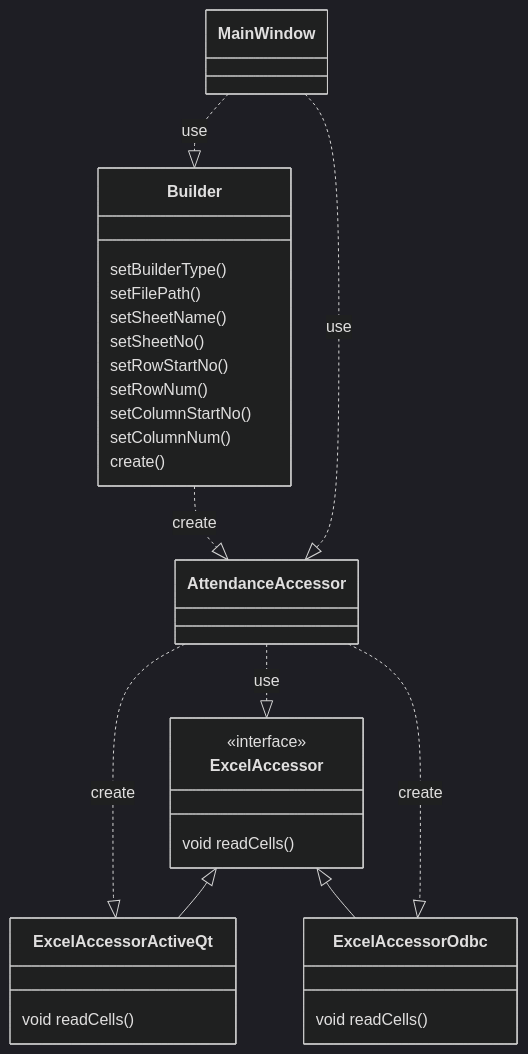
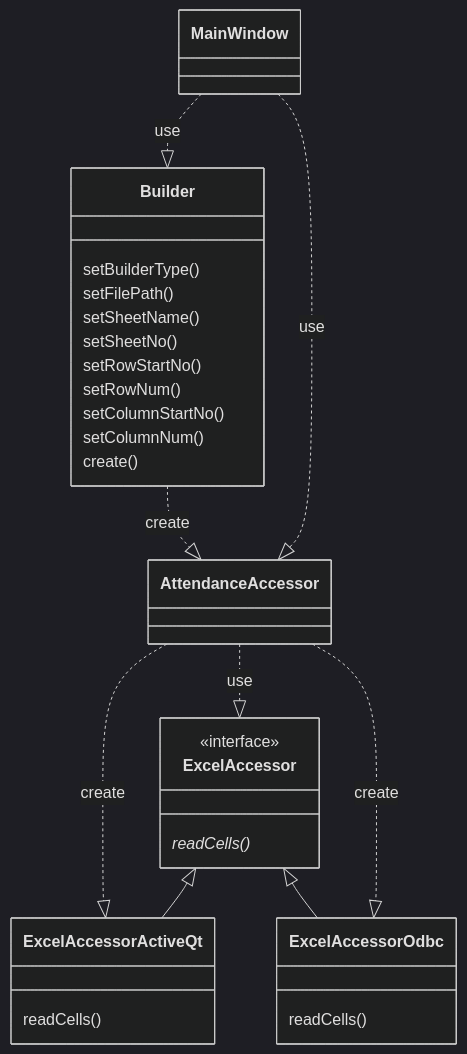
Before and after one commit to argama147/zetprogratv: the third of 3 diagrams in Qt/EARC/doc/AttendanceAccessor.md, drawn with Mermaid (dark theme). The commit also changed other lines of this file, not shown here.

Commit message:
readCells()を修正

````diff
--- a/Qt/EARC/doc/AttendanceAccessor.md
+++ b/Qt/EARC/doc/AttendanceAccessor.md
@@ -42,36 +44,36 @@
 ```mermaid
 classDiagram
     class MainWindow {
     }
     class Builder {
         setBuilderType()
         setFilePath()
         setSheetName()
         setSheetNo()
         setRowStartNo()
         setRowNum()
         setColumnStartNo()
         setColumnNum()
         create()
     }
     class AttendanceAccessor {
     }
     class ExcelAccessor {
-        void readCells()
+        readCells()*
     }
     <<interface>> ExcelAccessor
     class ExcelAccessorActiveQt {
-        void readCells()
+        readCells()
     }
     class ExcelAccessorOdbc {
-        void readCells()
+        readCells()
     }
     ExcelAccessor <|-- ExcelAccessorActiveQt
     ExcelAccessor <|-- ExcelAccessorOdbc
     MainWindow ..|> Builder : use
     MainWindow ..|> AttendanceAccessor : use
     AttendanceAccessor ..|> ExcelAccessorActiveQt : create
     AttendanceAccessor ..|> ExcelAccessor : use
     AttendanceAccessor ..|> ExcelAccessorOdbc : create
     Builder ..|> AttendanceAccessor : create
 ```
````
